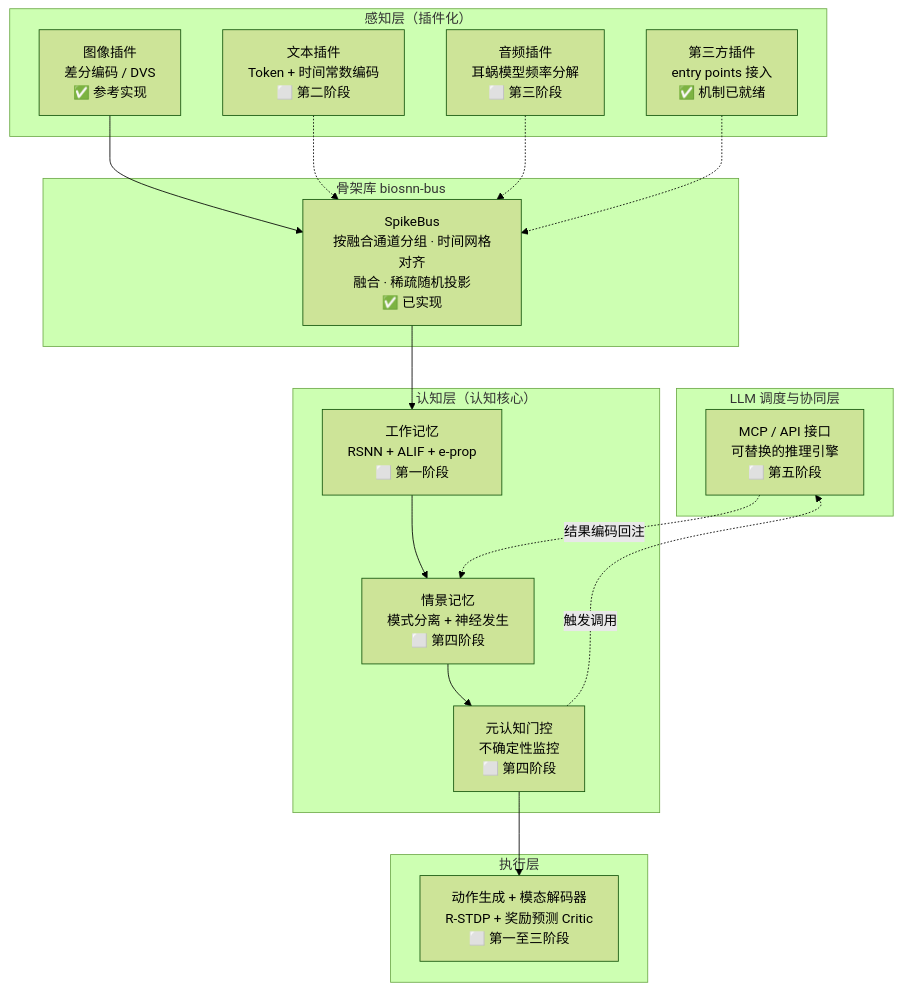
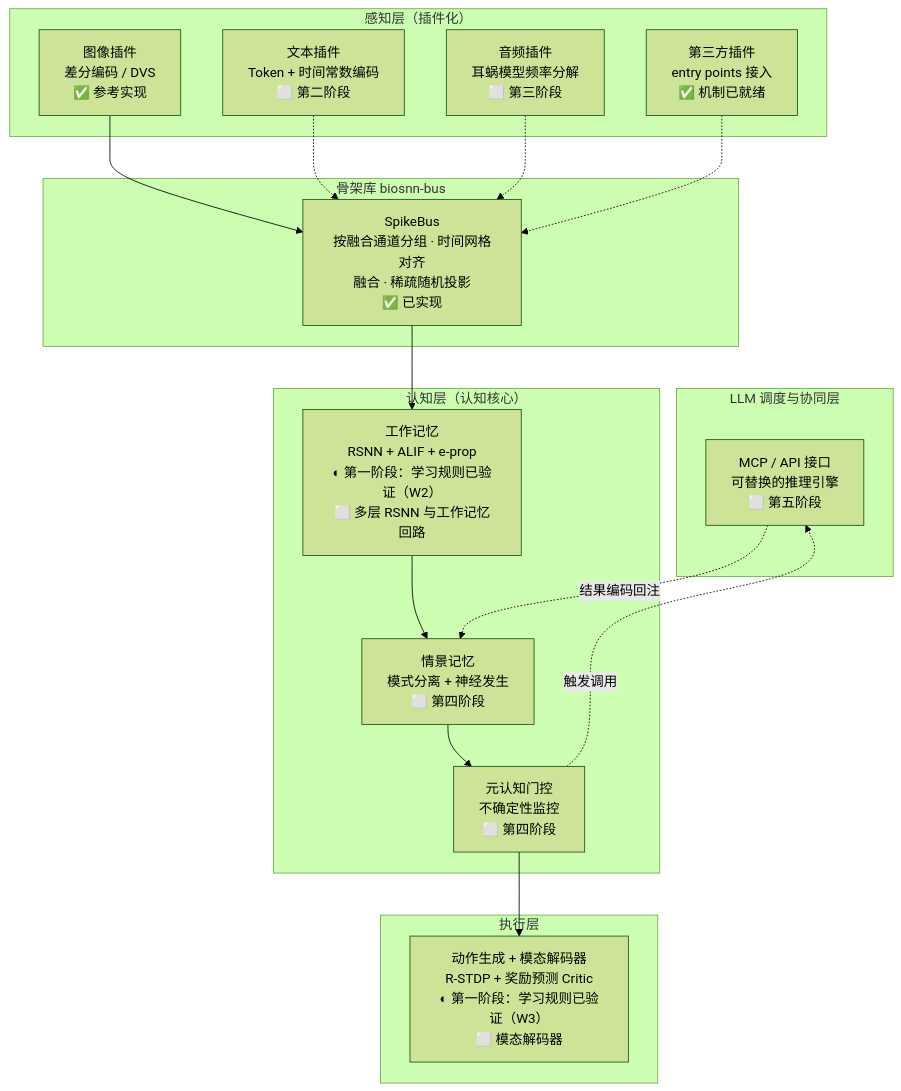
Before and after one commit to lzmd-arch/BioSNN-Plug: the diagram in README.md, drawn with Mermaid (forest theme). The commit also changed other lines of this file and 21 other files, not shown here.

````diff
--- a/README.md
+++ b/README.md
@@ -48,39 +48,39 @@
 ```mermaid
 flowchart TB
     subgraph L5["LLM 调度与协同层"]
         MCP["MCP / API 接口<br/>可替换的推理引擎<br/>⬜ 第五阶段"]
     end
 
     subgraph L4["执行层"]
-        ACT["动作生成 + 模态解码器<br/>R-STDP + 奖励预测 Critic<br/>⬜ 第一至三阶段"]
+        ACT["动作生成 + 模态解码器<br/>R-STDP + 奖励预测 Critic<br/>◐ 第一阶段：学习规则已验证（W3）<br/>⬜ 模态解码器"]
     end
 
     subgraph L3["认知层（认知核心）"]
-        WM["工作记忆<br/>RSNN + ALIF + e-prop<br/>⬜ 第一阶段"]
+        WM["工作记忆<br/>RSNN + ALIF + e-prop<br/>◐ 第一阶段：学习规则已验证（W2）<br/>⬜ 多层 RSNN 与工作记忆回路"]
         EM["情景记忆<br/>模式分离 + 神经发生<br/>⬜ 第四阶段"]
         MG["元认知门控<br/>不确定性监控<br/>⬜ 第四阶段"]
     end
 
     subgraph L2["骨架库 biosnn-bus"]
         BUS["SpikeBus<br/>按融合通道分组 · 时间网格对齐<br/>融合 · 稀疏随机投影<br/>✅ 已实现"]
     end
 
     subgraph L1["感知层（插件化）"]
         IMG["图像插件<br/>差分编码 / DVS<br/>✅ 参考实现"]
         TXT["文本插件<br/>Token + 时间常数编码<br/>⬜ 第二阶段"]
         AUD["音频插件<br/>耳蜗模型频率分解<br/>⬜ 第三阶段"]
         THIRD["第三方插件<br/>entry points 接入<br/>✅ 机制已就绪"]
     end
 
     IMG --> BUS
     TXT -.-> BUS
     AUD -.-> BUS
     THIRD -.-> BUS
 
     BUS --> WM
     WM --> EM
     EM --> MG
     MG --> ACT
     MG -.->|触发调用| MCP
     MCP -.->|结果编码回注| EM
 ```
````
